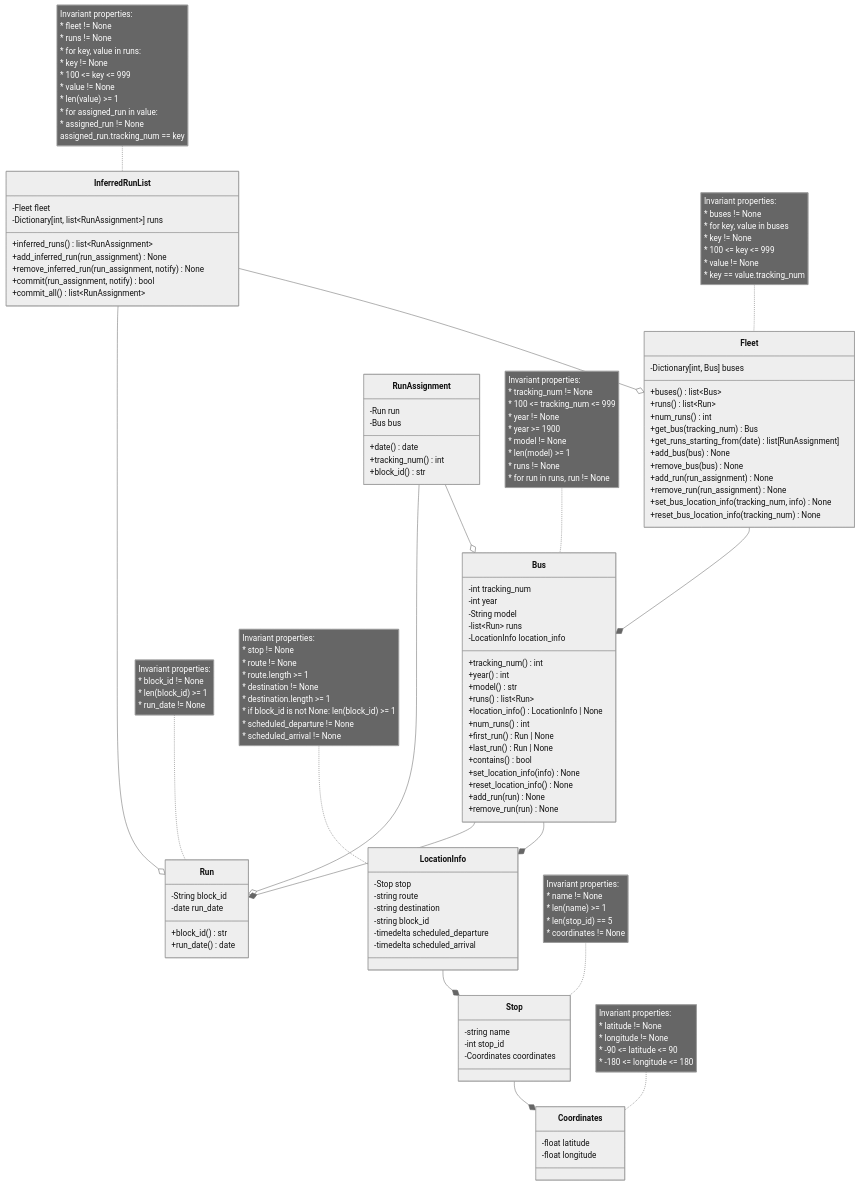
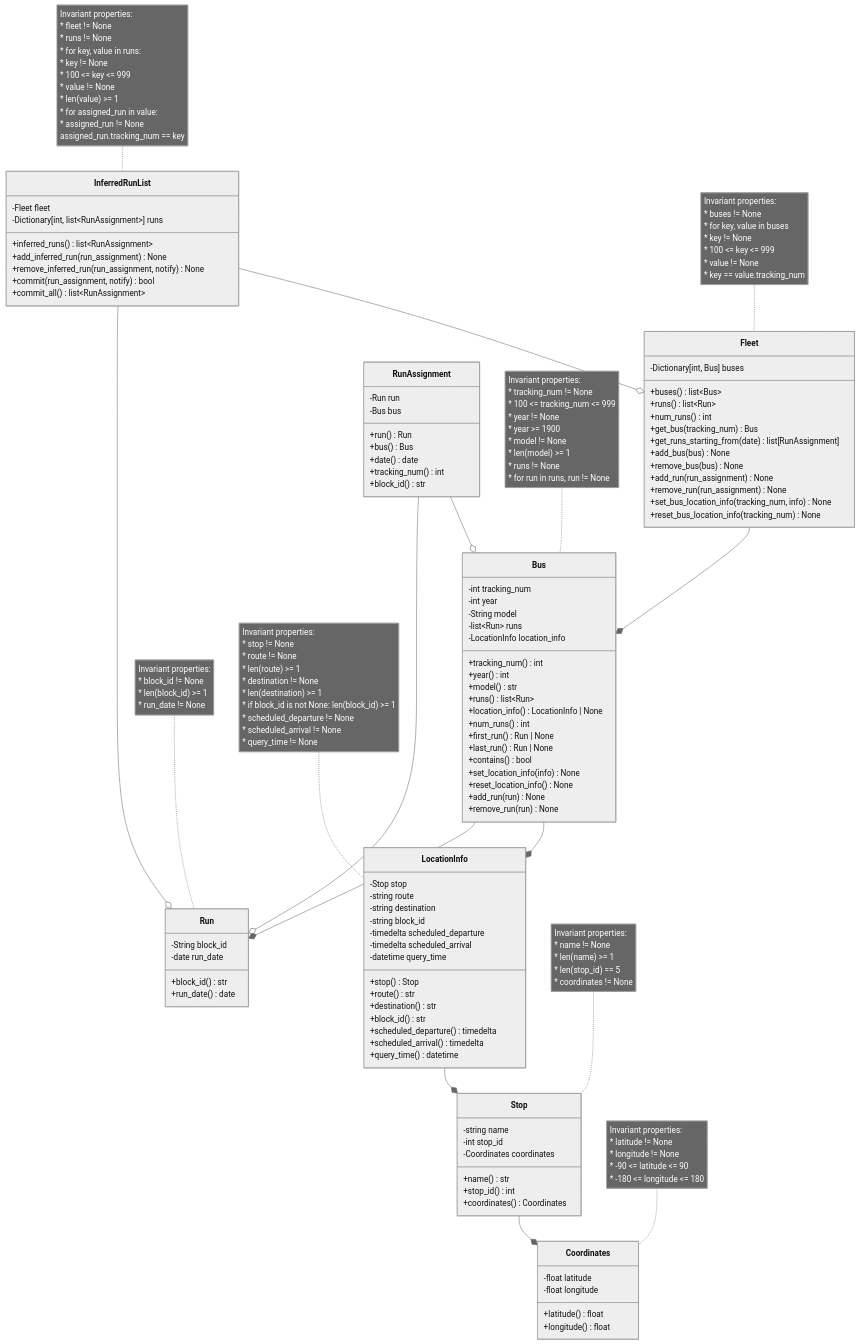
One commit to Michel-Prejet/zeb-tracker changed the diagram in domain.md. Above: the diagram before and after it, drawn with Mermaid (neutral theme). The commit also changed 10 other files, not shown here.

```diff
--- a/domain.md
+++ b/domain.md
@@ -111,6 +111,8 @@
         -Run run
         -Bus bus
         
+        +run() Run
+        +bus() Bus
         +date() date
         +tracking_num() int
         +block_id() str
@@ -126,6 +128,15 @@
         -string block_id
         -timedelta scheduled_departure
         -timedelta scheduled_arrival
+        -datetime query_time
+        
+        +stop() Stop
+        +route() str
+        +destination() str
+        +block_id() str
+        +scheduled_departure() timedelta
+        +scheduled_arrival() timedelta
+        +query_time() datetime
     }
     
     Bus --* LocationInfo
@@ -133,18 +144,23 @@
     note for LocationInfo"Invariant properties:
     * stop != None
     * route != None
-    * route.length >= 1
+    * len(route) >= 1
     * destination != None
-    * destination.length >= 1
+    * len(destination) >= 1
     * if block_id is not None: len(block_id) >= 1
     * scheduled_departure != None
     * scheduled_arrival != None
+    * query_time != None
     "
     
     class Stop {
         -string name
         -int stop_id
         -Coordinates coordinates
+        
+        +name() str
+        +stop_id() int
+        +coordinates() Coordinates
     }
     
     LocationInfo --* Stop
@@ -159,6 +175,9 @@
     class Coordinates {
         -float latitude
         -float longitude
+        
+        +latitude() float
+        +longitude() float
     }
     
     Stop --* Coordinates
```
